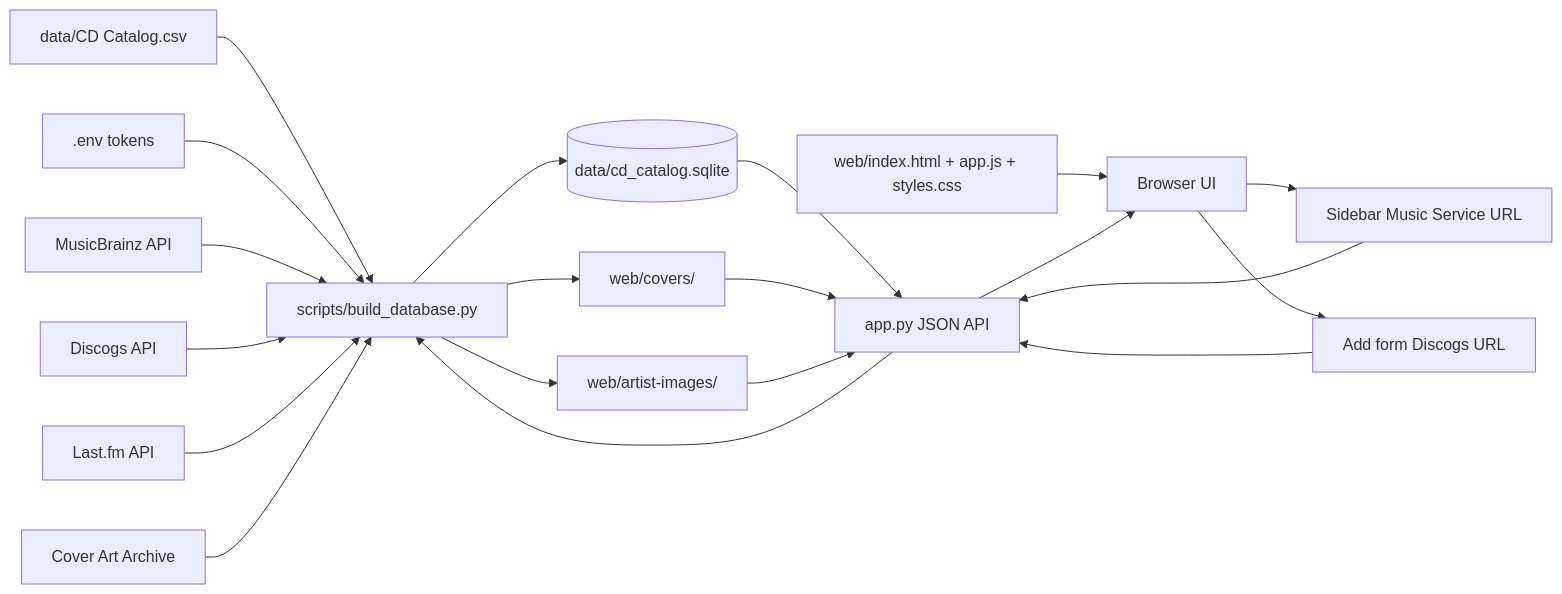
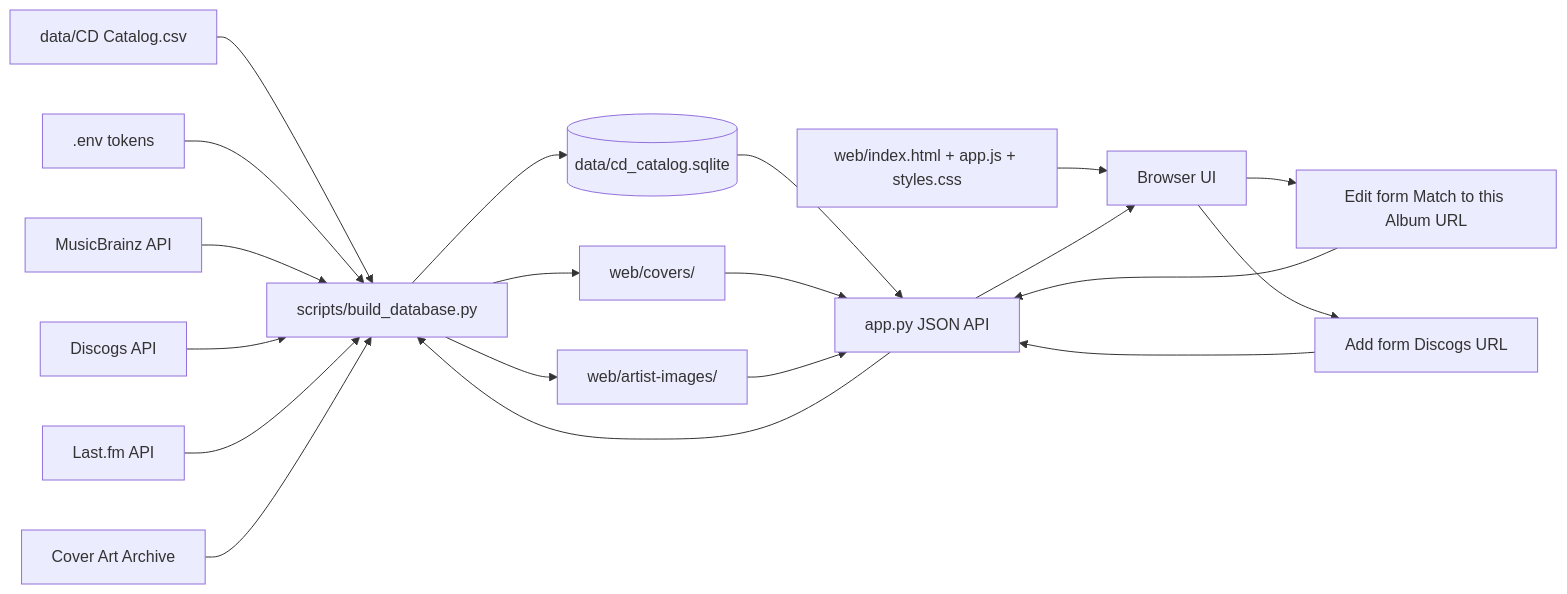
One commit to wirtes/cd-archive changed the second of 2 diagrams in README.md. Above: the diagram before and after it, drawn with Mermaid. The commit also changed other lines of this file and 23 other files, not shown here.

````diff
--- a/README.md
+++ b/README.md
@@ -301,26 +326,26 @@
 ```mermaid
 flowchart LR
     CSV["data/CD Catalog.csv"] --> Builder["scripts/build_database.py"]
     Env[".env tokens"] --> Builder
 
     Builder --> DB[("data/cd_catalog.sqlite")]
     Builder --> Covers["web/covers/"]
     Builder --> ArtistImages["web/artist-images/"]
 
     MusicBrainz["MusicBrainz API"] --> Builder
     Discogs["Discogs API"] --> Builder
     LastFM["Last.fm API"] --> Builder
     CoverArchive["Cover Art Archive"] --> Builder
 
     DB --> App["app.py JSON API"]
     Covers --> App
     ArtistImages --> App
     Web["web/index.html + app.js + styles.css"] --> Browser["Browser UI"]
     App --> Browser
 
-    Browser --> ManualURL["Sidebar Music Service URL"]
+    Browser --> ManualURL["Edit form Match to this Album URL"]
     Browser --> AddDiscogs["Add form Discogs URL"]
     ManualURL --> App
     AddDiscogs --> App
     App --> Builder
 ```
````
